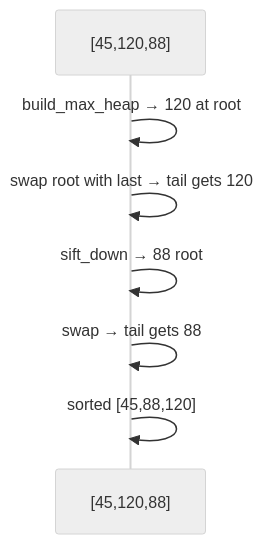
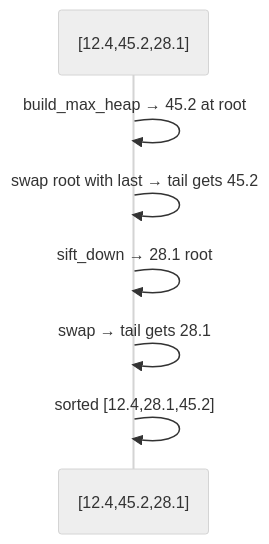
One commit to qgjones9/python-programming-guide changed the seventh of 8 diagrams in docs/dsa/data-structures/heap-sort/index.md. Above: the diagram before and after it, drawn with Mermaid (neutral theme). The commit also changed other lines of this file and 29 other files, not shown here.

````diff
--- a/docs/dsa/data-structures/heap-sort/index.md
+++ b/docs/dsa/data-structures/heap-sort/index.md
@@ -468,9 +458,9 @@
 ```mermaid
 sequenceDiagram
-  participant A as [45,120,88]
-  A->>A: build_max_heap → 120 at root
-  A->>A: swap root with last → tail gets 120
-  A->>A: sift_down → 88 root
-  A->>A: swap → tail gets 88
-  A->>A: sorted [45,88,120]
+  participant A as [12.4,45.2,28.1]
+  A->>A: build_max_heap → 45.2 at root
+  A->>A: swap root with last → tail gets 45.2
+  A->>A: sift_down → 28.1 root
+  A->>A: swap → tail gets 28.1
+  A->>A: sorted [12.4,28.1,45.2]
 ```
````
